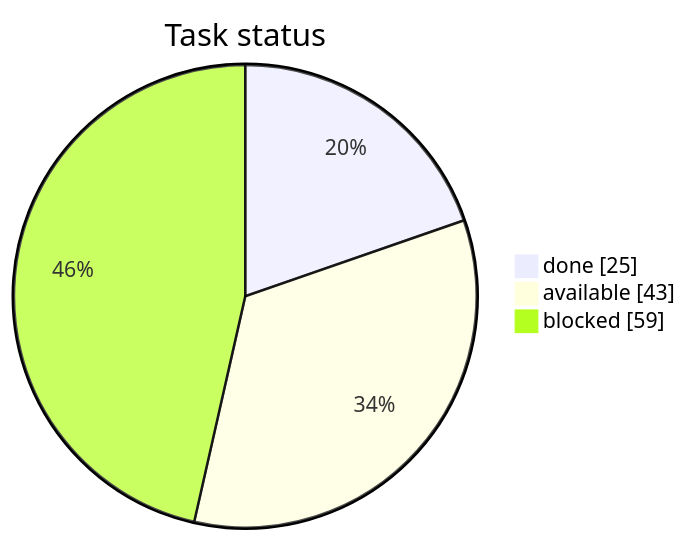
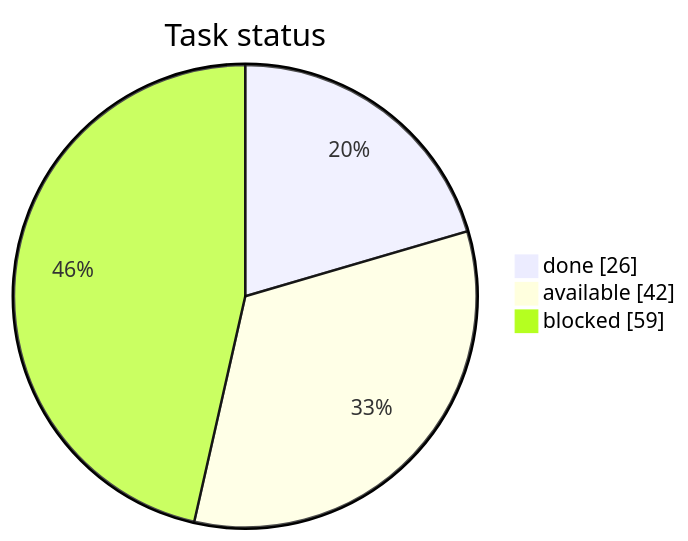
The first of 3 diagrams in STATUS.md (artemiiShabanov/RallyRivals), drawn with Mermaid before and after one commit. The commit also changed other lines of this file and 13 other files, not shown here.

````diff
--- a/STATUS.md
+++ b/STATUS.md
@@ -7,7 +7,7 @@
 ```mermaid
 pie showData
     title Task status
-    "done" : 25
-    "available" : 43
+    "done" : 26
+    "available" : 42
     "blocked" : 59
 ```
````
